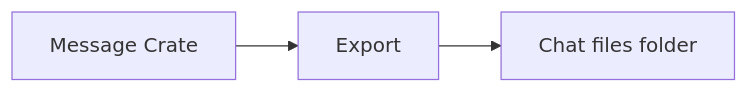
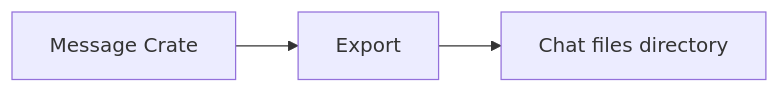
One commit to messagecrate/message-crate changed the second of 2 diagrams in docs/src/content/docs/docs/developer/message-transfer.md. Above: the diagram before and after it, drawn with Mermaid. The commit also changed other lines of this file and 279 other files, not shown here.

First line of the commit message:
Say "directory", never "folder", everywhere

````diff
--- a/docs/src/content/docs/docs/developer/message-transfer.md
+++ b/docs/src/content/docs/docs/developer/message-transfer.md
@@ -28,5 +28,5 @@
 ```mermaid
 flowchart LR
   server[Message Crate] --> export[Export]
-  export --> folder[Chat files folder]
+  export --> directory[Chat files directory]
 ```
````
